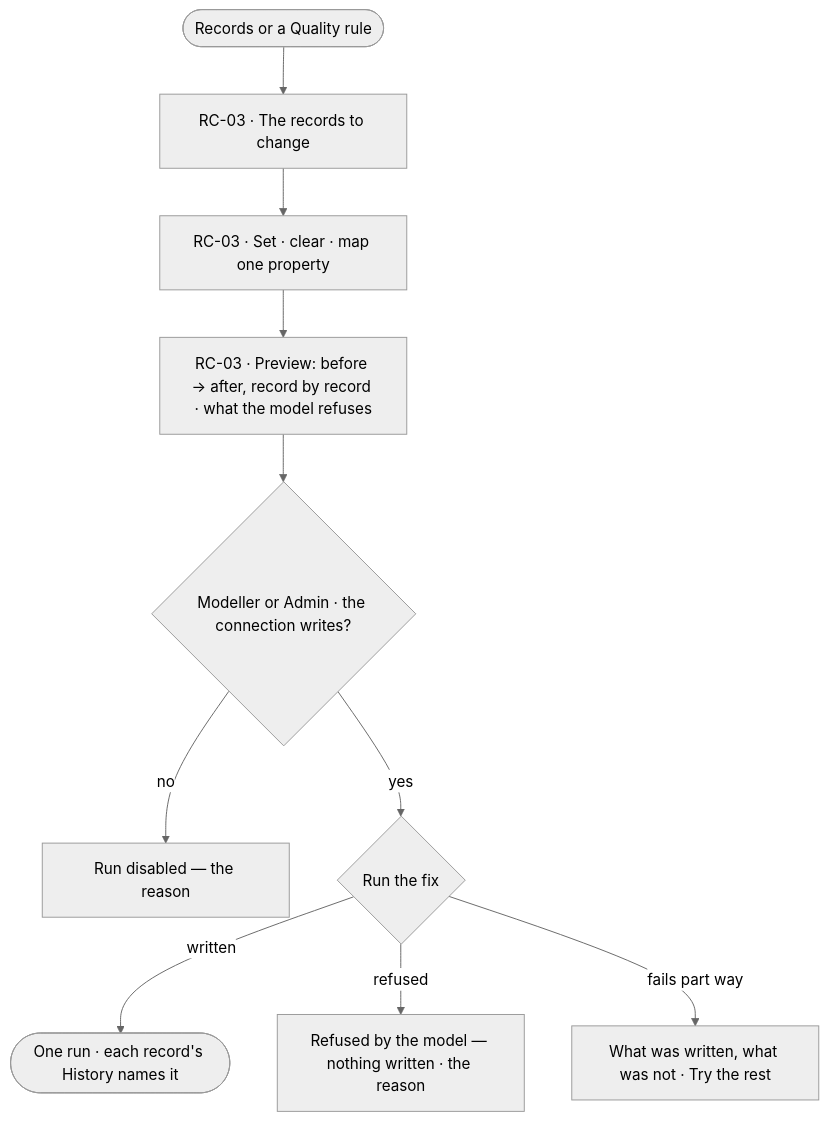
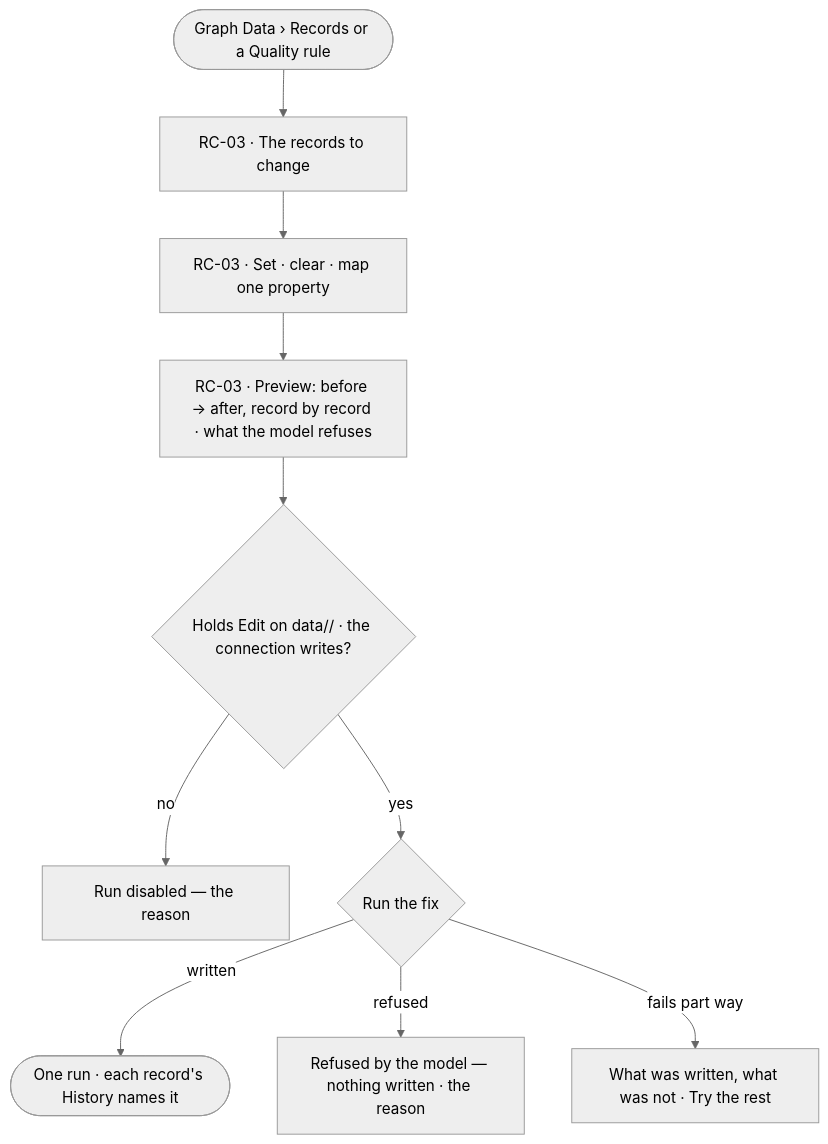
The diagram in specs/capabilities/records/features/RC-F04-bulk-fixes/feature.md (invana/invana), drawn with Mermaid (neutral theme) before and after one commit. The commit also changed other lines of this file and 456 other files, not shown here.

````diff
--- a/specs/capabilities/records/features/RC-F04-bulk-fixes/feature.md
+++ b/specs/capabilities/records/features/RC-F04-bulk-fixes/feature.md
@@ -21,12 +21,12 @@
 ```mermaid
 flowchart TD
-  start([Records or a Quality rule]) --> sel["RC-03 · The records to change"]
+  start([Graph Data › Records or a Quality rule]) --> sel["RC-03 · The records to change"]
   sel --> ch["RC-03 · Set · clear · map one property"]
   ch --> pv["RC-03 · Preview: before → after, record by record · what the model refuses"]
-  pv --> g{Modeller or Admin · the connection writes?}
+  pv --> g{"Holds Edit on data/<graph database>/<kind> · the connection writes?"}
   g -->|no| na["Run disabled — the reason"]
   g -->|yes| run{"Run the fix"}
   run -->|written| done(["One run · each record's History names it"])
   run -->|refused| rf["Refused by the model — nothing written · the reason"]
   run -->|fails part way| pf["What was written, what was not · Try the rest"]
 ```
````
